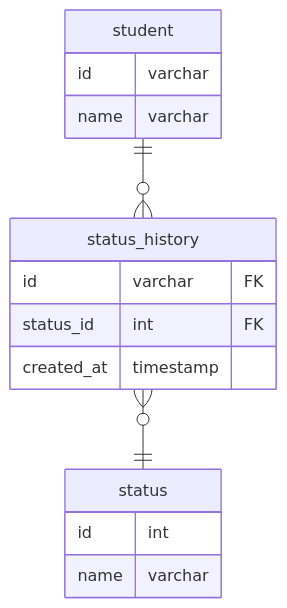
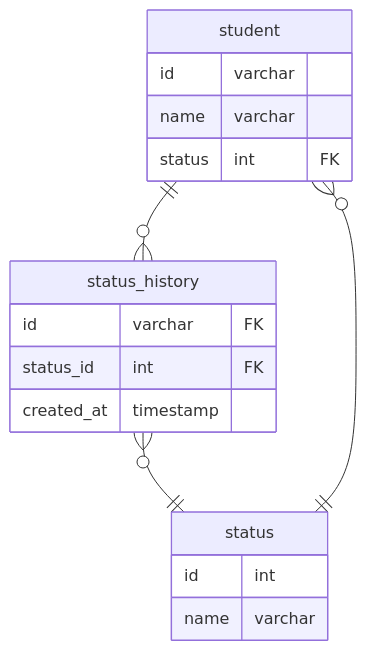
One commit to tamamura3/praha-challenge changed the third of 4 diagrams in db/12_anti_pattern_7/readme.md. Above: the diagram before and after it, drawn with Mermaid. The commit also changed other lines of this file, not shown here.

````diff
--- a/db/12_anti_pattern_7/readme.md
+++ b/db/12_anti_pattern_7/readme.md
@@ -50,18 +65,20 @@
 ```mermaid
 erDiagram
     student {
     id varchar
     name varchar
+    status int FK
     }
     status_history {
         id varchar FK
         status_id int FK
         created_at timestamp
     }
     status {
         id int
         name varchar
     }
     student ||--o{ status_history: ""
     status_history }o--|| status: ""
+    status ||--o{ student: ""
 ```
````
